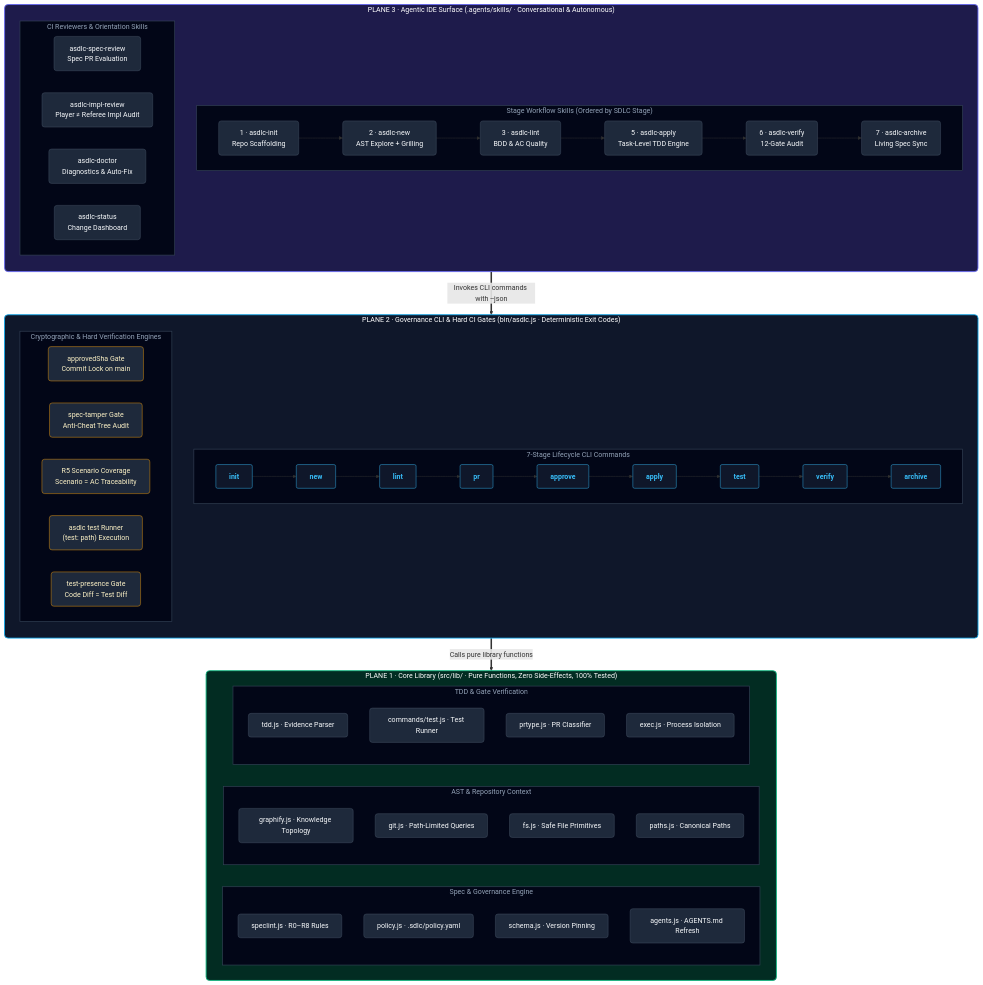
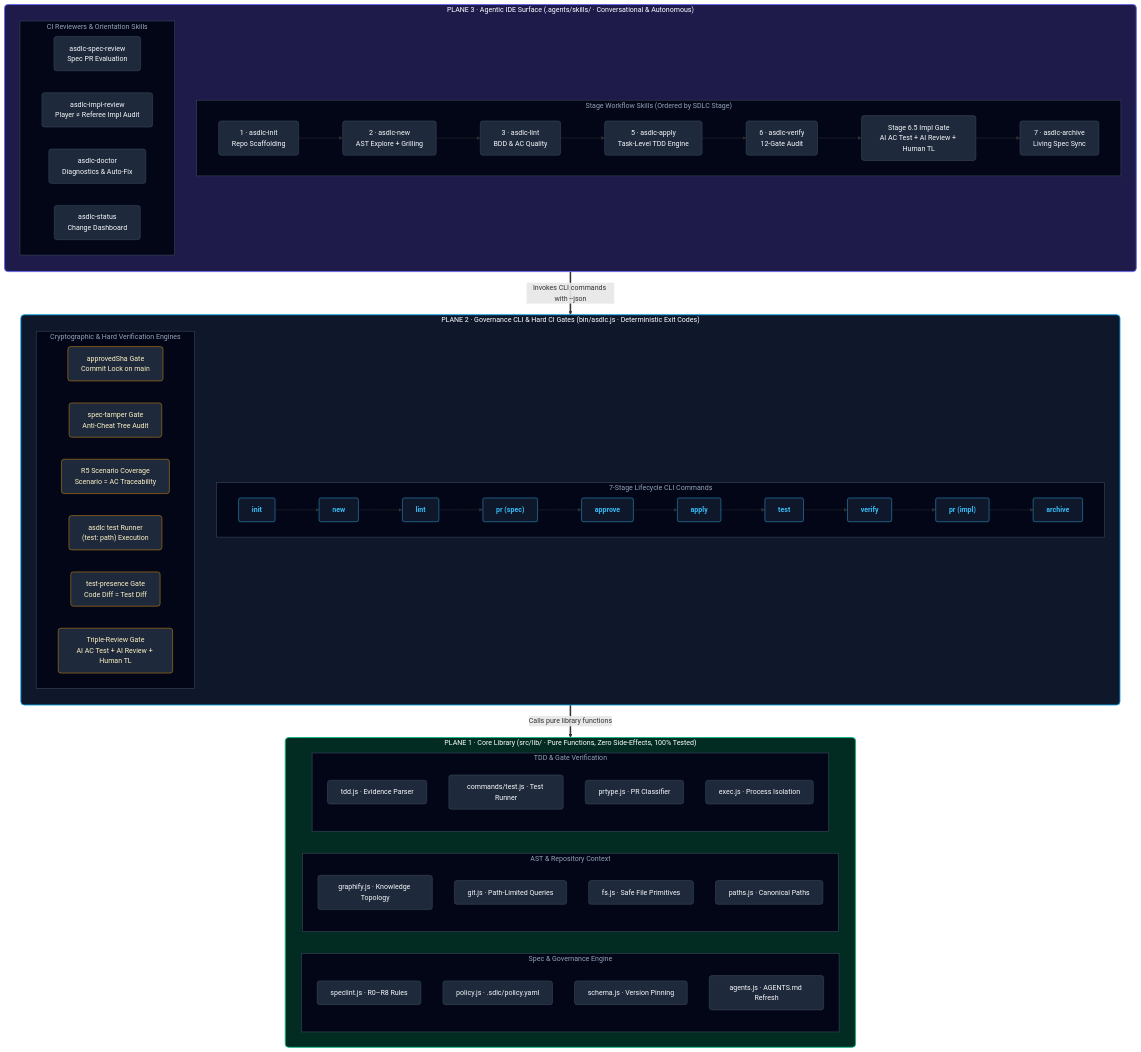
The first of 3 diagrams in README.md (akjamie/agentic-sdlc), drawn with Mermaid before and after one commit. The commit also changed other lines of this file, not shown here.

Commit message:
style(readme): detail Stage 6.5 triple-verification gate (CI AC test, AI review, human sign-off) in architecture and lifecycle diagrams

````diff
--- a/README.md
+++ b/README.md
@@ -62,7 +63,8 @@
             SK_NEW --> SK_LINT["3 · asdlc-lint<br/>BDD & AC Quality"]
             SK_LINT --> SK_APPLY["5 · asdlc-apply<br/>Task-Level TDD Engine"]
             SK_APPLY --> SK_VERIFY["6 · asdlc-verify<br/>12-Gate Audit"]
-            SK_VERIFY --> SK_ARCHIVE["7 · asdlc-archive<br/>Living Spec Sync"]
+            SK_VERIFY --> SK_GATE["Stage 6.5 Impl Gate<br/>AI AC Test + AI Review + Human TL"]
+            SK_GATE --> SK_ARCHIVE["7 · asdlc-archive<br/>Living Spec Sync"]
         end
         subgraph P3_REVIEWS ["CI Reviewers & Orientation Skills"]
             direction LR
@@ -79,12 +81,13 @@
             direction LR
             CMD_INIT["init"] --> CMD_NEW["new"]
             CMD_NEW --> CMD_LINT["lint"]
-            CMD_LINT --> CMD_PR["pr"]
-            CMD_PR --> CMD_APPROVE["approve"]
+            CMD_LINT --> CMD_PR1["pr (spec)"]
+            CMD_PR1 --> CMD_APPROVE["approve"]
             CMD_APPROVE --> CMD_APPLY["apply"]
             CMD_APPLY --> CMD_TEST["test"]
             CMD_TEST --> CMD_VERIFY["verify"]
-            CMD_VERIFY --> CMD_ARCHIVE["archive"]
+            CMD_VERIFY --> CMD_PR2["pr (impl)"]
+            CMD_PR2 --> CMD_ARCHIVE["archive"]
         end
         subgraph P2_GATES ["Cryptographic & Hard Verification Engines"]
             direction LR
@@ -93,6 +96,7 @@
             G_COV["R5 Scenario Coverage<br/>Scenario = AC Traceability"]
             G_RUNNER["asdlc test Runner<br/>(test: path) Execution"]
             G_PRESENCE["test-presence Gate<br/>Code Diff = Test Diff"]
+            G_TRIPLE["Triple-Review Gate<br/>AI AC Test + AI Review + Human TL"]
         end
     end
 
@@ -136,7 +140,7 @@
     class P2 p2Style;
     class P1 p1Style;
     class P3_STAGES,P3_REVIEWS,P2_STAGES,P2_GATES,P1_GOV,P1_GRAPH,P1_EXEC subCard;
-    class SK_INIT,SK_NEW,SK_LINT,SK_APPLY,SK_VERIFY,SK_ARCHIVE,SK_SPECREV,SK_IMPLREV,SK_DOCTOR,SK_STATUS,M_LINT,M_POLICY,M_SCHEMA,M_AGENTS,M_GRAPH,M_GIT,M_FS,M_PATHS,M_TDD,M_TEST,M_PRTYPE,M_EXEC nodeStyle;
-    class CMD_INIT,CMD_NEW,CMD_LINT,CMD_PR,CMD_APPROVE,CMD_APPLY,CMD_TEST,CMD_VERIFY,CMD_ARCHIVE cmdStyle;
-    class G_LOCK,G_TAMPER,G_COV,G_RUNNER,G_PRESENCE gateCard;
+    class SK_INIT,SK_NEW,SK_LINT,SK_APPLY,SK_VERIFY,SK_GATE,SK_ARCHIVE,SK_SPECREV,SK_IMPLREV,SK_DOCTOR,SK_STATUS,M_LINT,M_POLICY,M_SCHEMA,M_AGENTS,M_GRAPH,M_GIT,M_FS,M_PATHS,M_TDD,M_TEST,M_PRTYPE,M_EXEC nodeStyle;
+    class CMD_INIT,CMD_NEW,CMD_LINT,CMD_PR1,CMD_APPROVE,CMD_APPLY,CMD_TEST,CMD_VERIFY,CMD_PR2,CMD_ARCHIVE cmdStyle;
+    class G_LOCK,G_TAMPER,G_COV,G_RUNNER,G_PRESENCE,G_TRIPLE gateCard;
 ```
````
